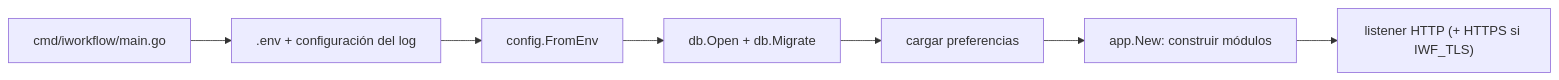
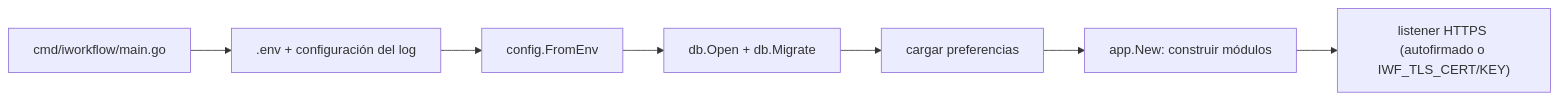
One commit to plopezm/iworkflow changed the first of 2 diagrams in ARCHITECTURE.es.md. Above: the diagram before and after it, drawn with Mermaid. The commit also changed other lines of this file and 17 other files, not shown here.

Commit message:
docs(https): document the HTTPS-only server and run e2e with IWF_TLS=off

````diff
--- a/ARCHITECTURE.es.md
+++ b/ARCHITECTURE.es.md
@@ -80,9 +80,9 @@
 ```mermaid
 flowchart LR
   main["cmd/iworkflow/main.go"] --> env[".env + configuración del log"]
   env --> cfg["config.FromEnv"]
   cfg --> db["db.Open + db.Migrate"]
   db --> prefs["cargar preferencias"]
   prefs --> app["app.New: construir módulos"]
-  app --> http["listener HTTP (+ HTTPS si IWF_TLS)"]
+  app --> http["listener HTTPS (autofirmado o IWF_TLS_CERT/KEY)"]
 ```
````
